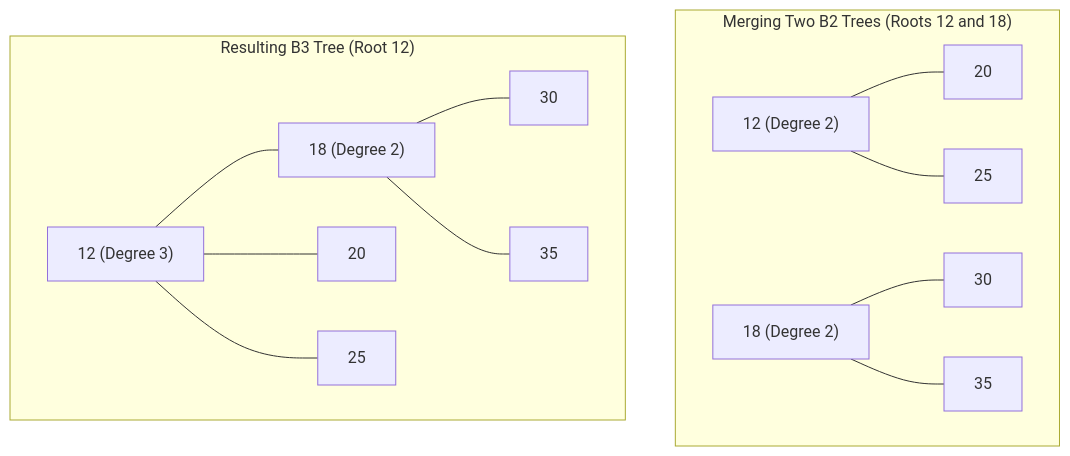
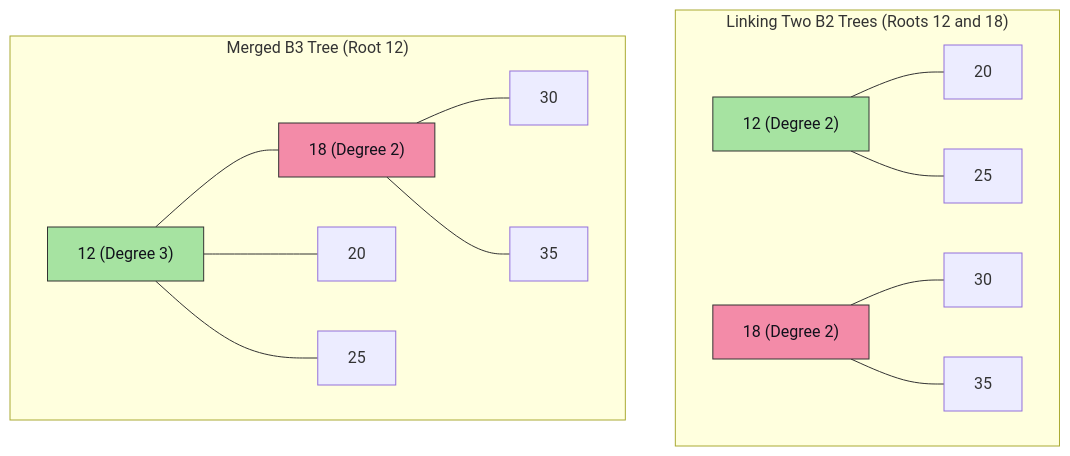
Diagram 11 of 16 in notes/design_and_analysis_of_algorithms/DAA_Unit4_RedBlackTrees_AdvancedDS.md (DeepLumiere/DeepSkills), drawn with Mermaid before and after one commit. The commit also changed other lines of this file, not shown here.

First line of the commit message:
fix: overhaul Unit 4 with colorful Mermaid diagrams for RBT, Binomial, and Fibonacci Heaps

````diff
--- a/notes/design_and_analysis_of_algorithms/DAA_Unit4_RedBlackTrees_AdvancedDS.md
+++ b/notes/design_and_analysis_of_algorithms/DAA_Unit4_RedBlackTrees_AdvancedDS.md
@@ -178,18 +390,24 @@
 ```mermaid
 flowchart TD
-    subgraph "Merging Two B2 Trees (Roots 12 and 18)"
+    subgraph "Linking Two B2 Trees (Roots 12 and 18)"
         rA["12 (Degree 2)"] --- cA1["20"]
         rA --- cA2["25"]
 
         rB["18 (Degree 2)"] --- cB1["30"]
         rB --- cB2["35"]
+
+        style rA fill:#a6e3a1,stroke:#333,color:#11111b
+        style rB fill:#f38ba8,stroke:#333,color:#11111b
     end
 
-    subgraph "Resulting B3 Tree (Root 12)"
+    subgraph "Merged B3 Tree (Root 12)"
         rRes["12 (Degree 3)"] --- rB2["18 (Degree 2)"]
         rRes --- cA12["20"]
         rRes --- cA22["25"]
         rB2 --- cB12["30"]
         rB2 --- cB22["35"]
+
+        style rRes fill:#a6e3a1,stroke:#333,color:#11111b
+        style rB2 fill:#f38ba8,stroke:#333,color:#11111b
     end
 ```
````
